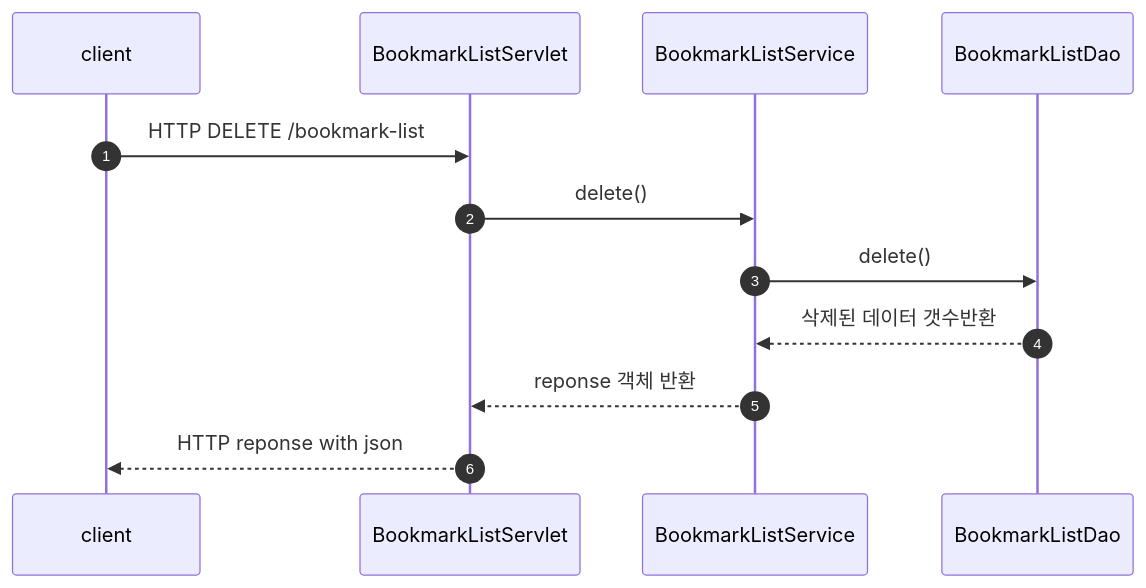
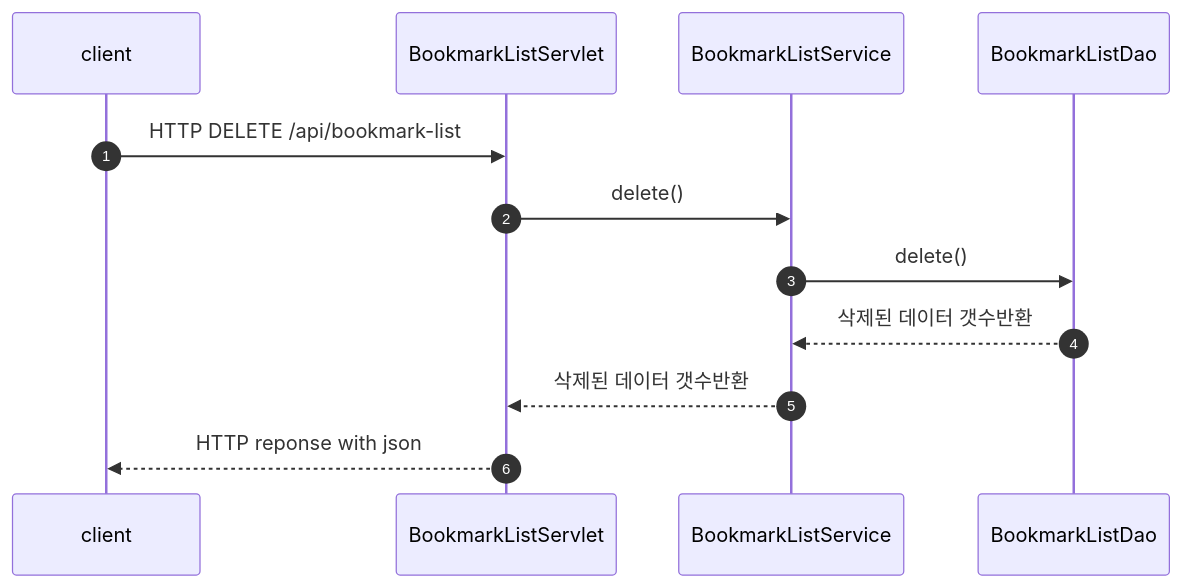
Diagram 13 of 13 in readme.md (kimJH47/wifiServer), drawn with Mermaid before and after one commit. The commit also changed other lines of this file, not shown here.

Commit message:
fix: flow chart, api 명세 수정

````diff
--- a/readme.md
+++ b/readme.md
@@ -245,16 +247,16 @@
 ```mermaid
     sequenceDiagram
     autonumber
     participant client
     participant BookmarkListServlet
     participant BookmarkListService
     participant BookmarkListDao
 
-    client->> BookmarkListServlet: HTTP DELETE /bookmark-list
+    client->> BookmarkListServlet: HTTP DELETE /api/bookmark-list
     BookmarkListServlet->> BookmarkListService: delete()
     BookmarkListService->> BookmarkListDao: delete()
     BookmarkListDao-->>BookmarkListService: 삭제된 데이터 갯수반환
-    BookmarkListService-->>BookmarkListServlet: reponse 객체 반환
+    BookmarkListService-->>BookmarkListServlet: 삭제된 데이터 갯수반환
     BookmarkListServlet-->> client : HTTP reponse with json
     
 ```
````
